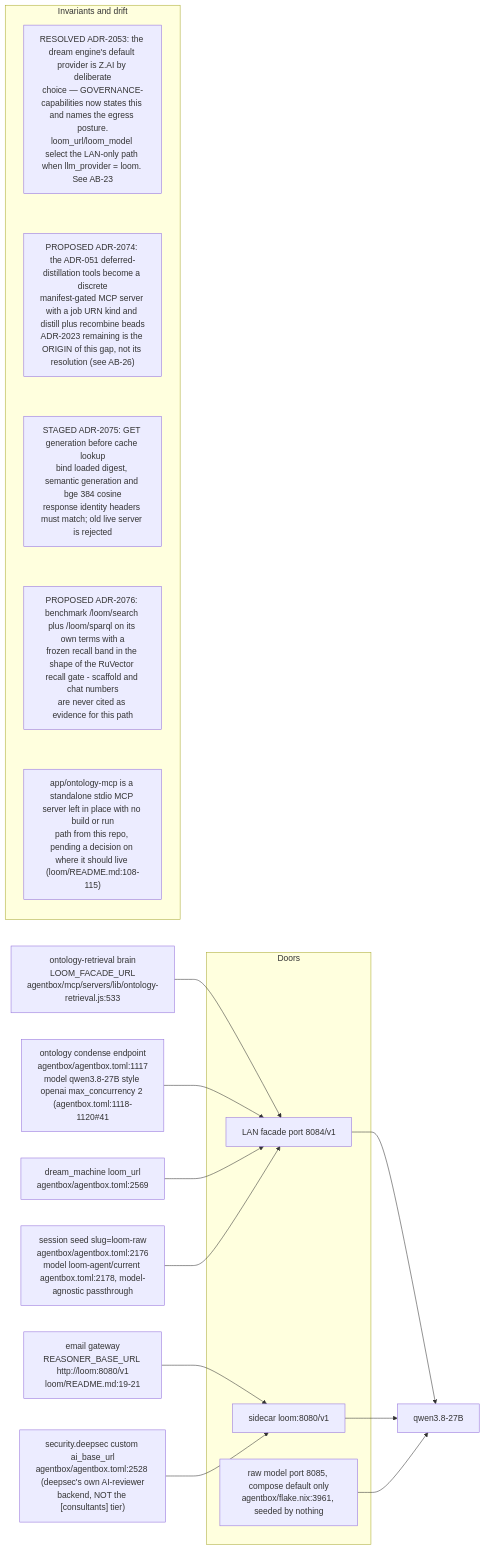
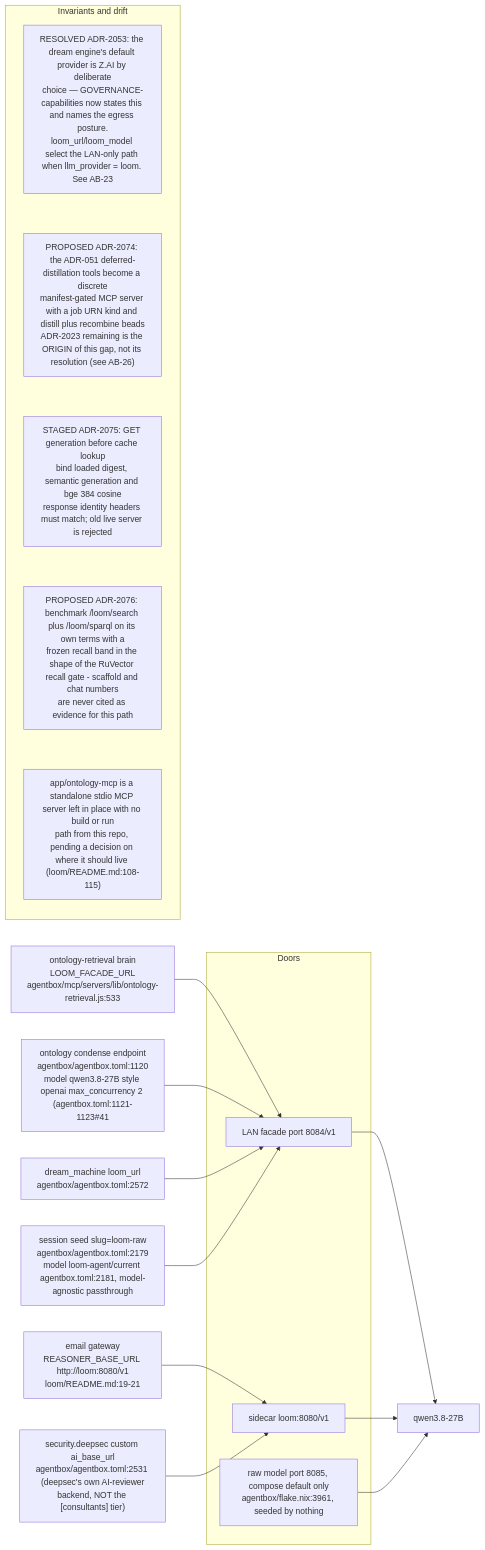
Before and after one commit to DreamLab-AI/VisionFlow: the eighth of 14 diagrams in docs/diagrams/agentbox/24-loom-facade.md, drawn with Mermaid. The commit also changed other lines of this file and 142 other files, not shown here.

First line of the commit message:
docs(diagrams): one System One route; re-verify 140 topics at today's heads

````diff
--- a/docs/diagrams/agentbox/24-loom-facade.md
+++ b/docs/diagrams/agentbox/24-loom-facade.md
@@ -335,26 +336,26 @@
 ```mermaid
 flowchart LR
     subgraph doors["Doors"]
         D84["LAN facade port 8084/v1"]
         D80["sidecar loom:8080/v1"]
         D85["raw model port 8085, compose default only<br/>agentbox/flake.nix:3961, seeded by nothing"]
     end
     RET["ontology-retrieval brain<br/>LOOM_FACADE_URL<br/>agentbox/mcp/servers/lib/ontology-retrieval.js:533"] --> D84
-    COND["ontology condense endpoint<br/>agentbox/agentbox.toml:1117<br/>model qwen3.8-27B style openai max_concurrency 2 #40;agentbox.toml:1118-1120#41;"] --> D84
-    DREAM["dream_machine loom_url<br/>agentbox/agentbox.toml:2569"] --> D84
-    SEEDR["session seed slug=loom-raw<br/>agentbox/agentbox.toml:2176<br/>model loom-agent/current agentbox.toml:2178, model-agnostic passthrough"] --> D84
+    COND["ontology condense endpoint<br/>agentbox/agentbox.toml:1120<br/>model qwen3.8-27B style openai max_concurrency 2 #40;agentbox.toml:1121-1123#41;"] --> D84
+    DREAM["dream_machine loom_url<br/>agentbox/agentbox.toml:2572"] --> D84
+    SEEDR["session seed slug=loom-raw<br/>agentbox/agentbox.toml:2179<br/>model loom-agent/current agentbox.toml:2181, model-agnostic passthrough"] --> D84
     EMAIL["email gateway<br/>REASONER_BASE_URL http://loom:8080/v1<br/>loom/README.md:19-21"] --> D80
-    CUST["security.deepsec custom ai_base_url<br/>agentbox/agentbox.toml:2528 #40;deepsec#39;s own AI-reviewer<br/>backend, NOT the #91;consultants#93; tier#41;"] --> D80
+    CUST["security.deepsec custom ai_base_url<br/>agentbox/agentbox.toml:2531 #40;deepsec#39;s own AI-reviewer<br/>backend, NOT the #91;consultants#93; tier#41;"] --> D80
     D84 --> M["qwen3.8-27B"]
     D80 --> M
     D85 --> M
     subgraph notes["Invariants and drift"]
         direction TB
         N1["RESOLVED ADR-2053: the dream engine's default provider is Z.AI by deliberate<br/>choice — GOVERNANCE-capabilities now states this and names the egress posture.<br/>loom_url/loom_model select the LAN-only path when llm_provider = loom. See AB-23"]
         N2["PROPOSED ADR-2074: the ADR-051 deferred-distillation tools become a discrete<br/>manifest-gated MCP server with a job URN kind and distill plus recombine beads<br/>ADR-2023 remaining is the ORIGIN of this gap, not its resolution (see AB-26)"]
         N3["STAGED ADR-2075: GET generation before cache lookup<br/>bind loaded digest, semantic generation and bge 384 cosine<br/>response identity headers must match; old live server is rejected"]
         N4["PROPOSED ADR-2076: benchmark /loom/search plus /loom/sparql on its own terms with a<br/>frozen recall band in the shape of the RuVector recall gate - scaffold and chat numbers<br/>are never cited as evidence for this path"]
         N5["app/ontology-mcp is a standalone stdio MCP server left in place with no build or run<br/>path from this repo, pending a decision on where it should live (loom/README.md:108-115)"]
         N1 ~~~ N2 ~~~ N3 ~~~ N4 ~~~ N5
     end
 ```
````
